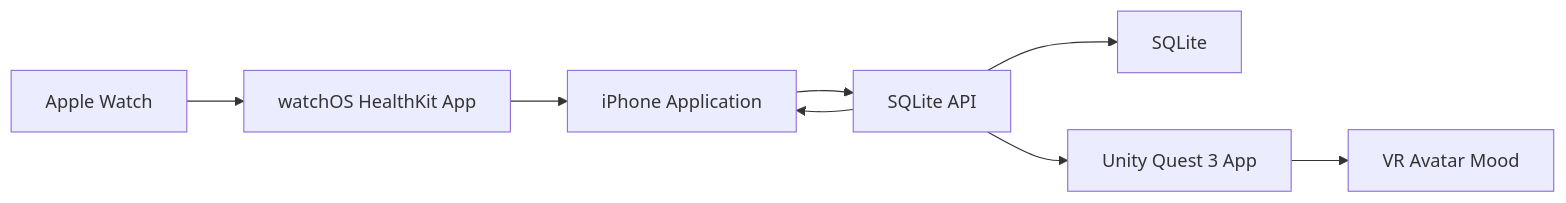
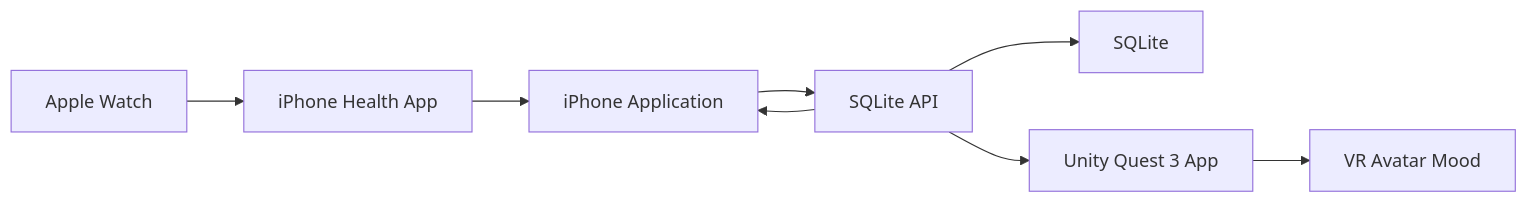
The diagram in README.md (mjj5444845/vr-avatar-heartwatch-demo), drawn with Mermaid before and after one commit. The commit also changed other lines of this file and 14 other files, not shown here.

Commit message:
Use iPhone Health for heart rate samples

````diff
--- a/README.md
+++ b/README.md
@@ -16,10 +16,10 @@
 ```mermaid
 flowchart LR
-  Watch["Apple Watch"] --> WatchOS["watchOS HealthKit App"]
-  WatchOS --> iPhone["iPhone Application"]
+  Watch["Apple Watch"] --> Health["iPhone Health App"]
+  Health --> iPhone["iPhone Application"]
   iPhone --> API["SQLite API"]
   API --> DB["SQLite"]
   API --> iPhone
   API --> Unity["Unity Quest 3 App"]
   Unity --> Avatar["VR Avatar Mood"]
 ```
````
